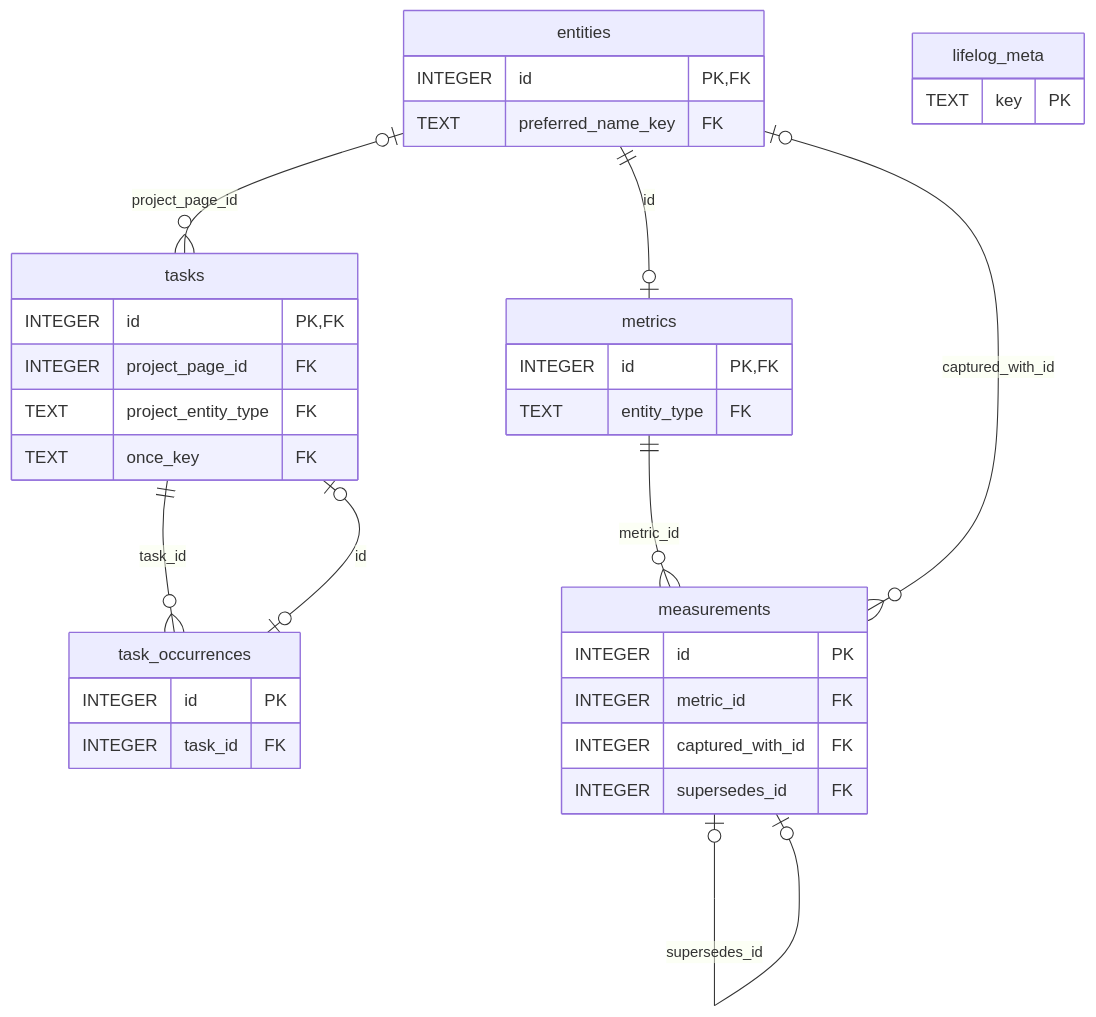
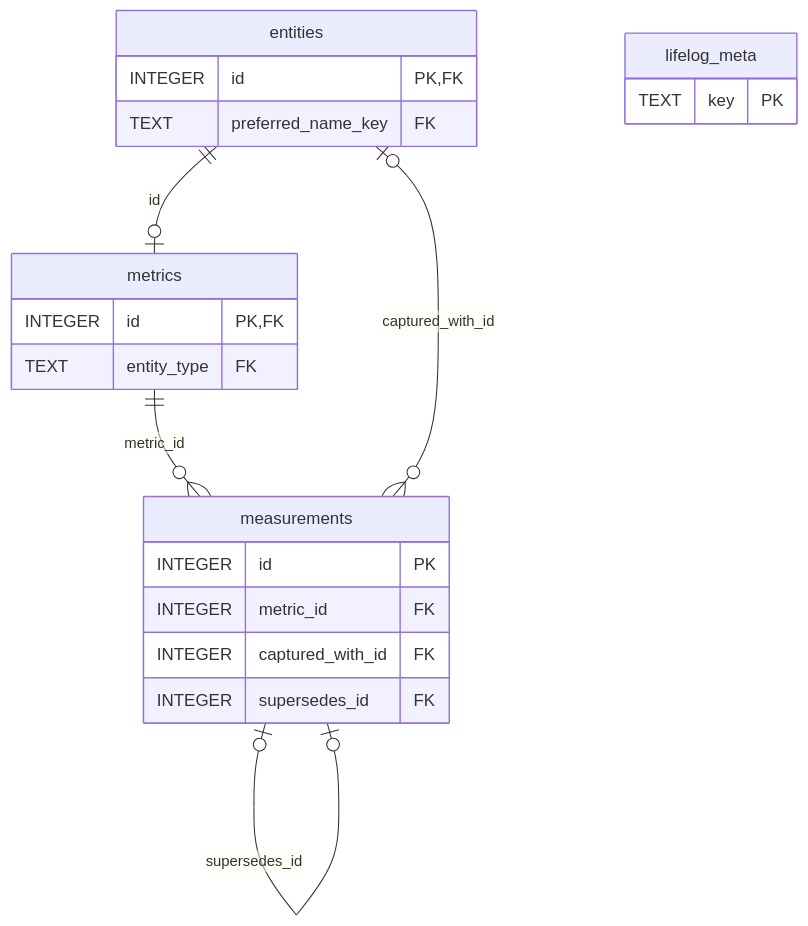
The second of 2 diagrams in docs/architecture/entity-model.md (alexradunet/lifelogdb), drawn with Mermaid before and after one commit. The commit also changed other lines of this file and 110 other files, not shown here.

````diff
--- a/docs/architecture/entity-model.md
+++ b/docs/architecture/entity-model.md
@@ -64,39 +62,26 @@
 ```mermaid
 %% diagram: er-facts
 erDiagram
     entities    ||--o| metrics : "id"
-    entities |o--o{ tasks : "project_page_id"
-    tasks ||--o{ task_occurrences : "task_id"
-    task_occurrences |o--o| tasks : "id"
     metrics     ||--o{ measurements : "metric_id"
     entities    |o--o{ measurements : "captured_with_id"
     measurements |o--o| measurements : "supersedes_id"
 
     metrics {
         INTEGER id PK, FK
         TEXT entity_type FK
-    }
-    tasks {
-        INTEGER id PK, FK
-        INTEGER project_page_id FK
-        TEXT project_entity_type FK
-        TEXT once_key FK
-    }
-    task_occurrences {
-        INTEGER id PK
-        INTEGER task_id FK
     }
     measurements {
         INTEGER id PK
         INTEGER metric_id FK
         INTEGER captured_with_id FK
         INTEGER supersedes_id FK
     }
     entities {
         INTEGER id PK, FK
         TEXT preferred_name_key FK
     }
     lifelog_meta {
         TEXT key PK
     }
 ```
````
